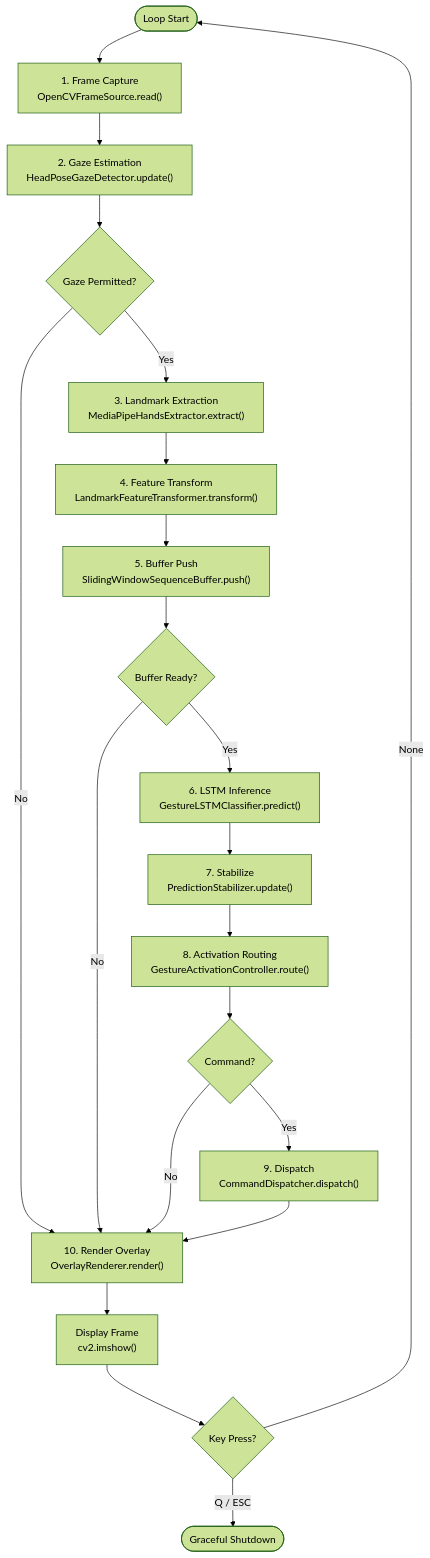
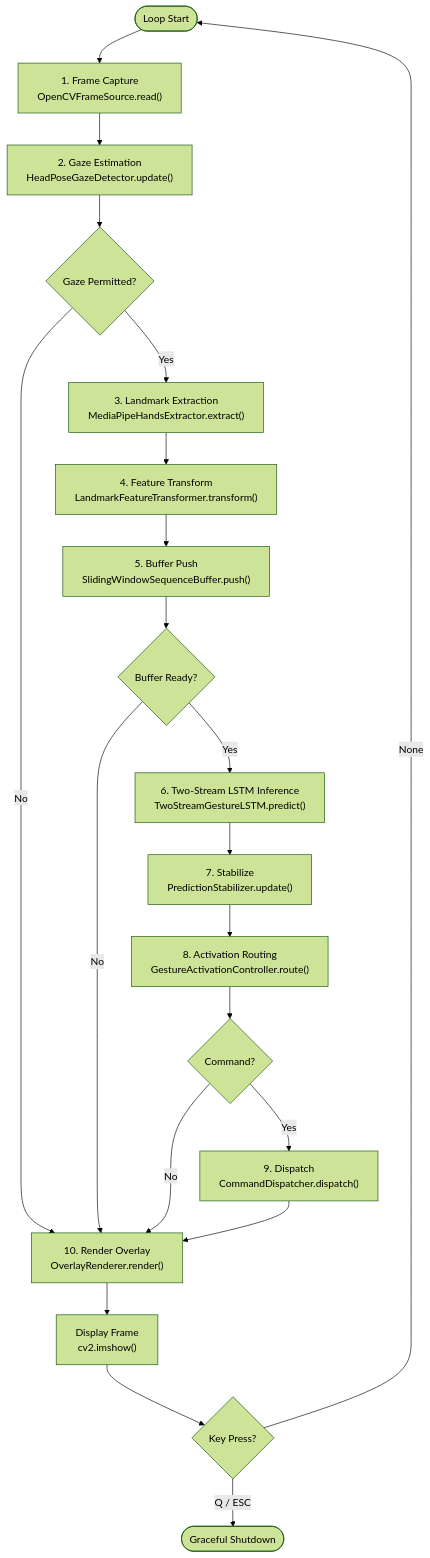
One commit to ntsrigaud/Maestro changed the first of 6 diagrams in docs/architecture/process-view.md. Above: the diagram before and after it, drawn with Mermaid (forest theme). The commit also changed other lines of this file, not shown here.

Commit message:
docs: update process view diagram for two-stream LSTM and presentation adapter

````diff
--- a/docs/architecture/process-view.md
+++ b/docs/architecture/process-view.md
@@ -21,23 +21,23 @@
 ```mermaid
 graph TD
     Start([Loop Start]) --> Capture["1. Frame Capture<br/>OpenCVFrameSource.read()"]
     Capture --> Gaze["2. Gaze Estimation<br/>HeadPoseGazeDetector.update()"]
     Gaze --> GazeOk{Gaze Permitted?}
     GazeOk -->|No| Render
     GazeOk -->|Yes| Extract["3. Landmark Extraction<br/>MediaPipeHandsExtractor.extract()"]
     Extract --> Transform["4. Feature Transform<br/>LandmarkFeatureTransformer.transform()"]
     Transform --> Buffer["5. Buffer Push<br/>SlidingWindowSequenceBuffer.push()"]
     Buffer --> Ready{Buffer Ready?}
     Ready -->|No| Render
-    Ready -->|Yes| Infer["6. LSTM Inference<br/>GestureLSTMClassifier.predict()"]
+    Ready -->|Yes| Infer["6. Two-Stream LSTM Inference<br/>TwoStreamGestureLSTM.predict()"]
     Infer --> Stabilize["7. Stabilize<br/>PredictionStabilizer.update()"]
     Stabilize --> Activate["8. Activation Routing<br/>GestureActivationController.route()"]
     Activate --> HasCmd{Command?}
     HasCmd -->|Yes| Dispatch["9. Dispatch<br/>CommandDispatcher.dispatch()"]
     HasCmd -->|No| Render
     Dispatch --> Render["10. Render Overlay<br/>OverlayRenderer.render()"]
     Render --> Display["Display Frame<br/>cv2.imshow()"]
     Display --> KeyCheck{Key Press?}
     KeyCheck -->|Q / ESC| Shutdown([Graceful Shutdown])
     KeyCheck -->|None| Start
 ```
````
